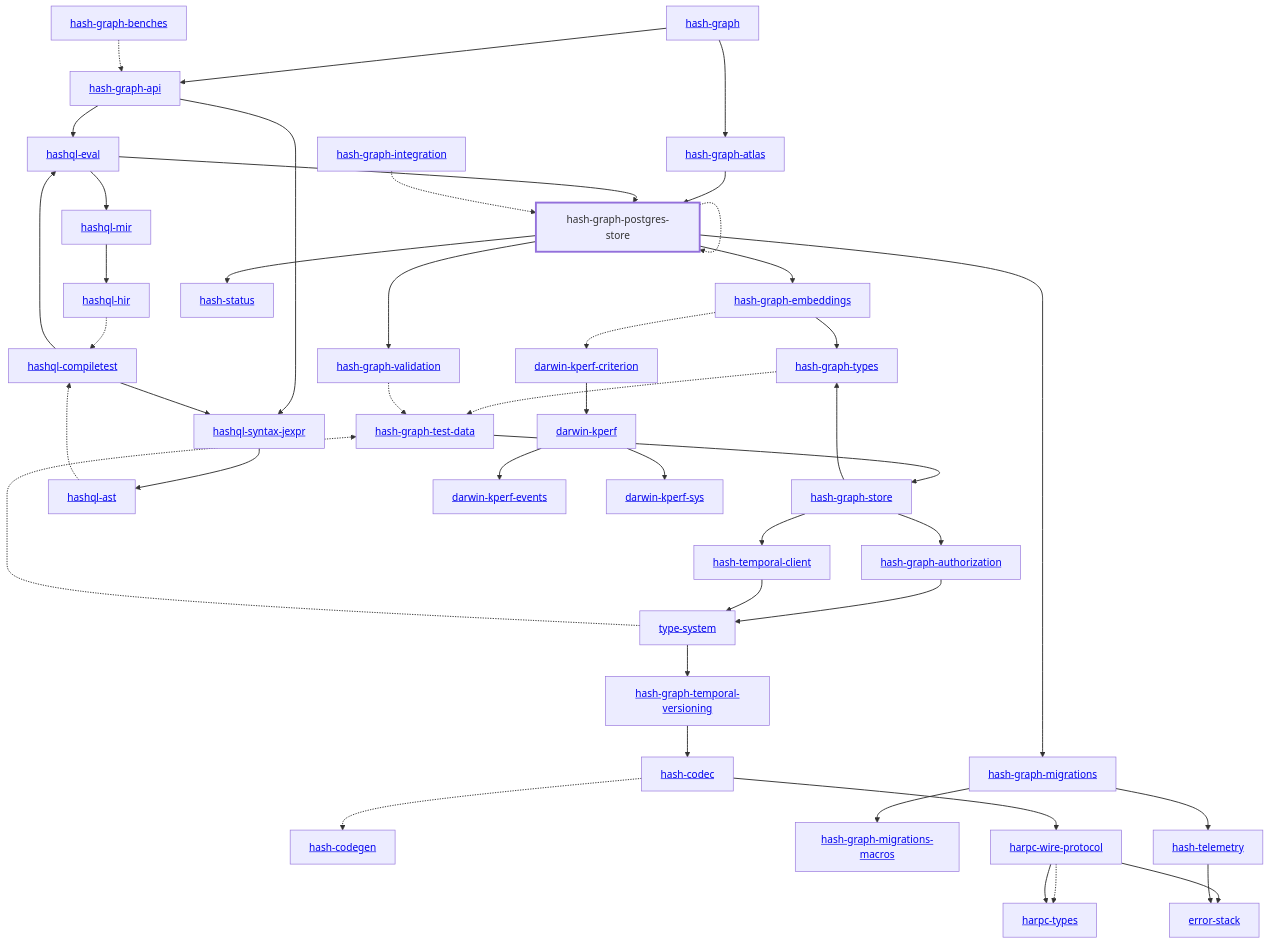
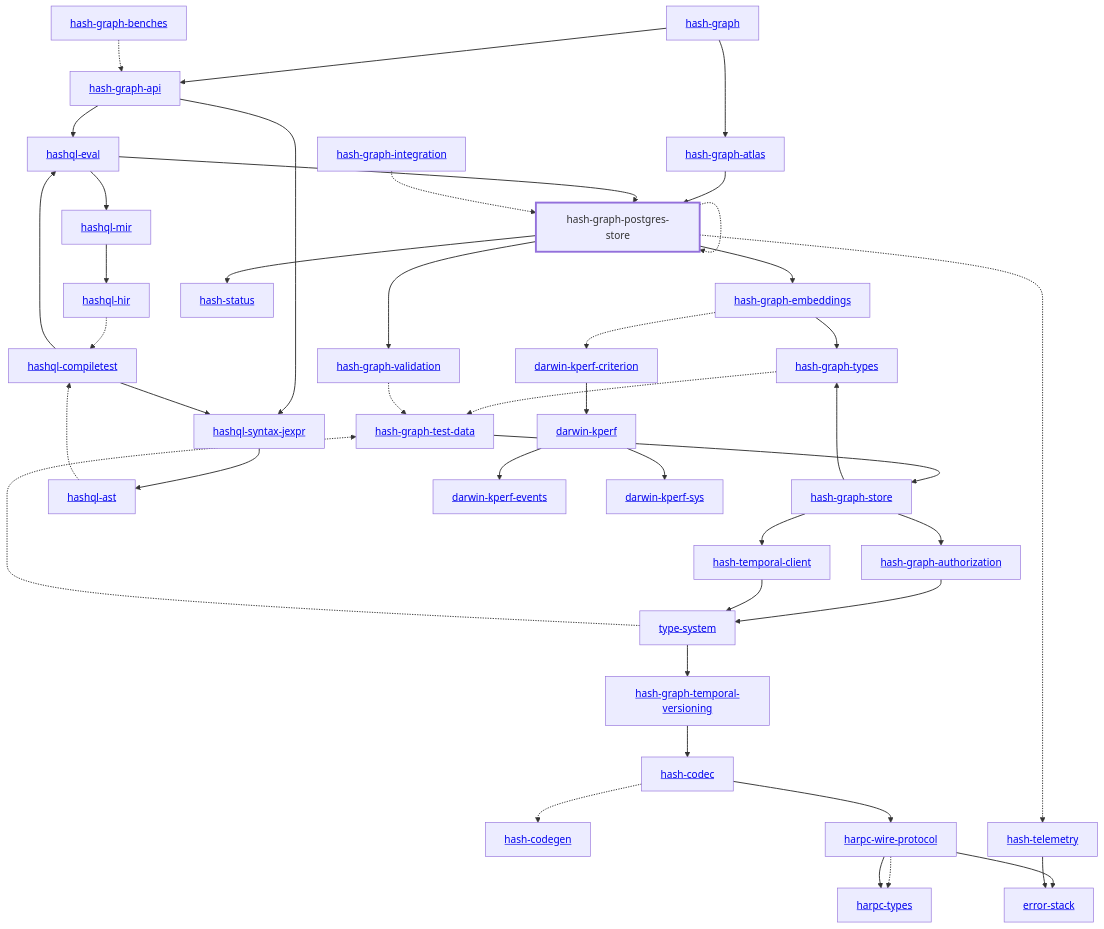
Before and after one commit to hashintel/hash: the diagram in libs/@local/graph/postgres-store/docs/dependency-diagram.mmd, drawn with Mermaid. The commit also changed 12 other files, not shown here.

Commit message:
Update dependency diagrams

```diff
--- a/libs/@local/graph/postgres-store/docs/dependency-diagram.mmd
+++ b/libs/@local/graph/postgres-store/docs/dependency-diagram.mmd
@@ -1,89 +1,85 @@
 graph TD
     linkStyle default stroke-width:1.5px
     classDef default stroke-width:1px
     classDef root stroke-width:3px
     classDef dev stroke-width:1px
     classDef build stroke-width:1px
     %% Legend
     %% --> : Normal dependency
     %% -.-> : Dev dependency
     %% ---> : Build dependency
     0[<a href="../hash_graph/index.html">hash-graph</a>]
     1[<a href="../type_system/index.html">type-system</a>]
     2[<a href="../hash_codec/index.html">hash-codec</a>]
     3[<a href="../hash_codegen/index.html">hash-codegen</a>]
     4[<a href="../hash_graph_api/index.html">hash-graph-api</a>]
     5[<a href="../hash_graph_atlas/index.html">hash-graph-atlas</a>]
     6[<a href="../hash_graph_authorization/index.html">hash-graph-authorization</a>]
     7[<a href="../hash_graph_embeddings/index.html">hash-graph-embeddings</a>]
-    8[<a href="../hash_graph_migrations/index.html">hash-graph-migrations</a>]
-    9[<a href="../hash_graph_migrations_macros/index.html">hash-graph-migrations-macros</a>]
-    10[hash-graph-postgres-store]
-    class 10 root
-    11[<a href="../hash_graph_store/index.html">hash-graph-store</a>]
-    12[<a href="../hash_graph_temporal_versioning/index.html">hash-graph-temporal-versioning</a>]
-    13[<a href="../hash_graph_types/index.html">hash-graph-types</a>]
-    14[<a href="../hash_graph_validation/index.html">hash-graph-validation</a>]
-    15[<a href="../harpc_types/index.html">harpc-types</a>]
-    16[<a href="../harpc_wire_protocol/index.html">harpc-wire-protocol</a>]
-    17[<a href="../hashql_ast/index.html">hashql-ast</a>]
-    18[<a href="../hashql_compiletest/index.html">hashql-compiletest</a>]
-    19[<a href="../hashql_eval/index.html">hashql-eval</a>]
-    20[<a href="../hashql_hir/index.html">hashql-hir</a>]
-    21[<a href="../hashql_mir/index.html">hashql-mir</a>]
-    22[<a href="../hashql_syntax_jexpr/index.html">hashql-syntax-jexpr</a>]
-    23[<a href="../hash_status/index.html">hash-status</a>]
-    24[<a href="../hash_telemetry/index.html">hash-telemetry</a>]
-    25[<a href="../hash_temporal_client/index.html">hash-temporal-client</a>]
-    26[<a href="../darwin_kperf/index.html">darwin-kperf</a>]
-    27[<a href="../darwin_kperf_criterion/index.html">darwin-kperf-criterion</a>]
-    28[<a href="../darwin_kperf_events/index.html">darwin-kperf-events</a>]
-    29[<a href="../darwin_kperf_sys/index.html">darwin-kperf-sys</a>]
-    30[<a href="../error_stack/index.html">error-stack</a>]
-    31[<a href="../hash_graph_benches/index.html">hash-graph-benches</a>]
-    32[<a href="../hash_graph_integration/index.html">hash-graph-integration</a>]
-    33[<a href="../hash_graph_test_data/index.html">hash-graph-test-data</a>]
+    8[hash-graph-postgres-store]
+    class 8 root
+    9[<a href="../hash_graph_store/index.html">hash-graph-store</a>]
+    10[<a href="../hash_graph_temporal_versioning/index.html">hash-graph-temporal-versioning</a>]
+    11[<a href="../hash_graph_types/index.html">hash-graph-types</a>]
+    12[<a href="../hash_graph_validation/index.html">hash-graph-validation</a>]
+    13[<a href="../harpc_types/index.html">harpc-types</a>]
+    14[<a href="../harpc_wire_protocol/index.html">harpc-wire-protocol</a>]
+    15[<a href="../hashql_ast/index.html">hashql-ast</a>]
+    16[<a href="../hashql_compiletest/index.html">hashql-compiletest</a>]
+    17[<a href="../hashql_eval/index.html">hashql-eval</a>]
+    18[<a href="../hashql_hir/index.html">hashql-hir</a>]
+    19[<a href="../hashql_mir/index.html">hashql-mir</a>]
+    20[<a href="../hashql_syntax_jexpr/index.html">hashql-syntax-jexpr</a>]
+    21[<a href="../hash_status/index.html">hash-status</a>]
+    22[<a href="../hash_telemetry/index.html">hash-telemetry</a>]
+    23[<a href="../hash_temporal_client/index.html">hash-temporal-client</a>]
+    24[<a href="../darwin_kperf/index.html">darwin-kperf</a>]
+    25[<a href="../darwin_kperf_criterion/index.html">darwin-kperf-criterion</a>]
+    26[<a href="../darwin_kperf_events/index.html">darwin-kperf-events</a>]
+    27[<a href="../darwin_kperf_sys/index.html">darwin-kperf-sys</a>]
+    28[<a href="../error_stack/index.html">error-stack</a>]
+    29[<a href="../hash_graph_benches/index.html">hash-graph-benches</a>]
+    30[<a href="../hash_graph_integration/index.html">hash-graph-integration</a>]
+    31[<a href="../hash_graph_test_data/index.html">hash-graph-test-data</a>]
     0 --> 4
     0 --> 5
-    1 --> 12
-    1 -.-> 33
+    1 --> 10
+    1 -.-> 31
     2 -.-> 3
-    2 --> 16
-    4 --> 19
-    4 --> 22
-    5 --> 10
+    2 --> 14
+    4 --> 17
+    4 --> 20
+    5 --> 8
     6 --> 1
-    7 --> 13
-    7 -.-> 27
-    8 --> 9
-    8 --> 24
-    10 --> 7
-    10 --> 8
-    10 -.-> 10
-    10 --> 14
-    10 --> 23
-    11 --> 6
-    11 --> 13
-    11 --> 25
-    12 --> 2
-    13 -.-> 33
-    14 -.-> 33
-    16 -.-> 15
-    16 --> 15
-    16 --> 30
-    17 -.-> 18
-    18 --> 19
-    18 --> 22
-    19 --> 10
-    19 --> 21
-    20 -.-> 18
-    21 --> 20
-    22 --> 17
-    24 --> 30
-    25 --> 1
-    26 --> 28
-    26 --> 29
-    27 --> 26
-    31 -.-> 4
-    32 -.-> 10
-    33 --> 11
+    7 --> 11
+    7 -.-> 25
+    8 --> 7
+    8 -.-> 8
+    8 --> 12
+    8 --> 21
+    8 -.-> 22
+    9 --> 6
+    9 --> 11
+    9 --> 23
+    10 --> 2
+    11 -.-> 31
+    12 -.-> 31
+    14 -.-> 13
+    14 --> 13
+    14 --> 28
+    15 -.-> 16
+    16 --> 17
+    16 --> 20
+    17 --> 8
+    17 --> 19
+    18 -.-> 16
+    19 --> 18
+    20 --> 15
+    22 --> 28
+    23 --> 1
+    24 --> 26
+    24 --> 27
+    25 --> 24
+    29 -.-> 4
+    30 -.-> 8
+    31 --> 9
```
